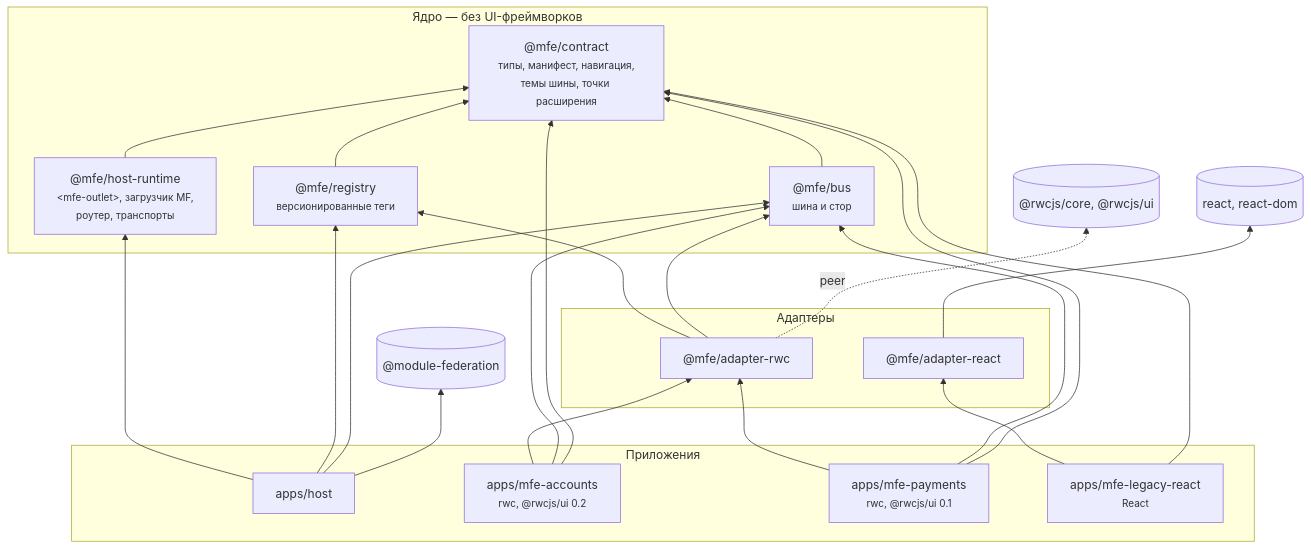
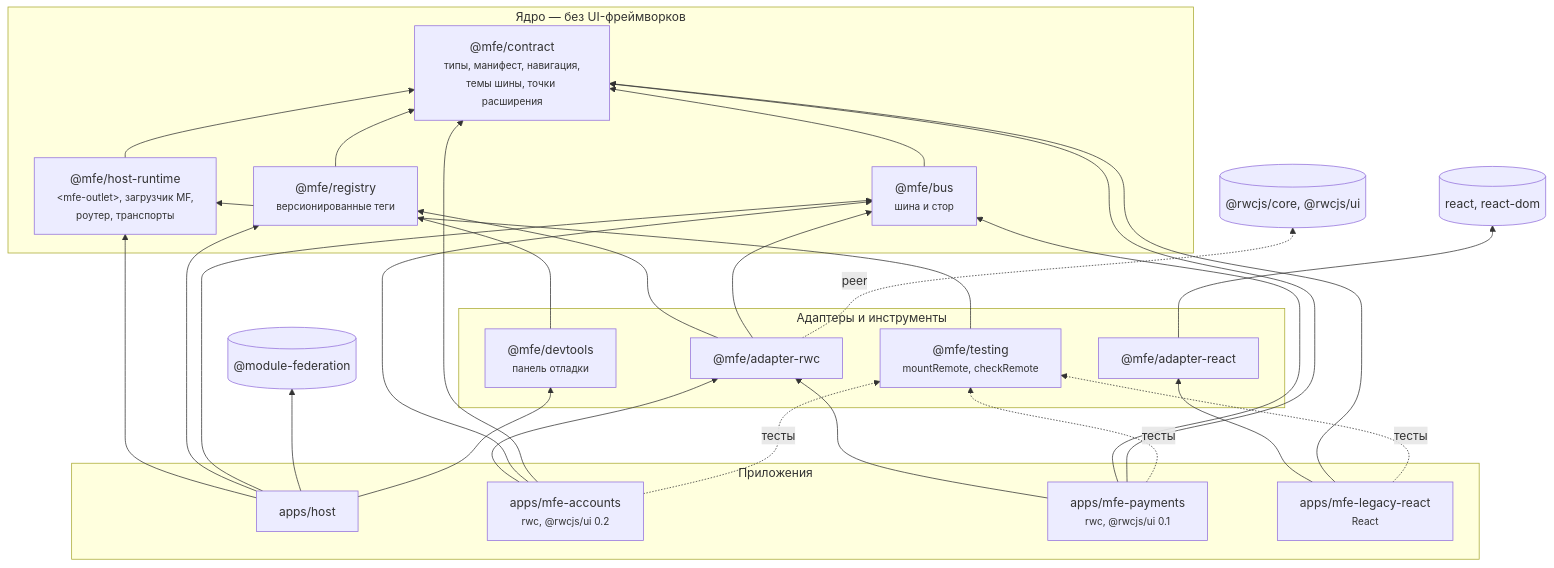
The first of 9 diagrams in docs/architecture.md (tamazyanarsen/mfe-platform), drawn with Mermaid before and after one commit. The commit also changed other lines of this file and 9 other files, not shown here.

First line of the commit message:
docs: инструменты разработки, обновлённые схемы, английская версия

````diff
--- a/docs/architecture.md
+++ b/docs/architecture.md
@@ -13,48 +16,54 @@
 ```mermaid
 flowchart BT
   subgraph core["Ядро — без UI-фреймворков"]
     contract["@mfe/contract<br/><small>типы, манифест, навигация,<br/>темы шины, точки расширения</small>"]
     runtime["@mfe/host-runtime<br/><small>#lt;mfe-outlet#gt;, загрузчик MF,<br/>роутер, транспорты</small>"]
     registry["@mfe/registry<br/><small>версионированные теги</small>"]
     bus["@mfe/bus<br/><small>шина и стор</small>"]
   end
 
-  subgraph adapters["Адаптеры"]
+  subgraph adapters["Адаптеры и инструменты"]
     arwc["@mfe/adapter-rwc"]
     areact["@mfe/adapter-react"]
+    testing["@mfe/testing<br/><small>mountRemote, checkRemote</small>"]
+    devtools["@mfe/devtools<br/><small>панель отладки</small>"]
   end
 
   subgraph apps["Приложения"]
     host["apps/host"]
     acc["apps/mfe-accounts<br/><small>rwc, @rwcjs/ui 0.2</small>"]
     pay["apps/mfe-payments<br/><small>rwc, @rwcjs/ui 0.1</small>"]
     leg["apps/mfe-legacy-react<br/><small>React</small>"]
   end
 
   rwc[("@rwcjs/core, @rwcjs/ui")]
   react[("react, react-dom")]
   mf[("@module-federation")]
 
   runtime --> contract
   registry --> contract
   bus --> contract
 
   arwc --> registry
   arwc --> bus
   arwc -. peer .-> rwc
   areact --> react
+  testing --> runtime
+  devtools --> registry
 
   host --> runtime
   host --> registry
   host --> bus
   host --> mf
+  host --> devtools
 
   acc --> arwc
   acc --> bus
   acc --> contract
   pay --> arwc
   pay --> bus
   pay --> contract
   leg --> areact
   leg --> contract
+  acc & pay & leg -. "тесты" .-> testing
 ```
````
